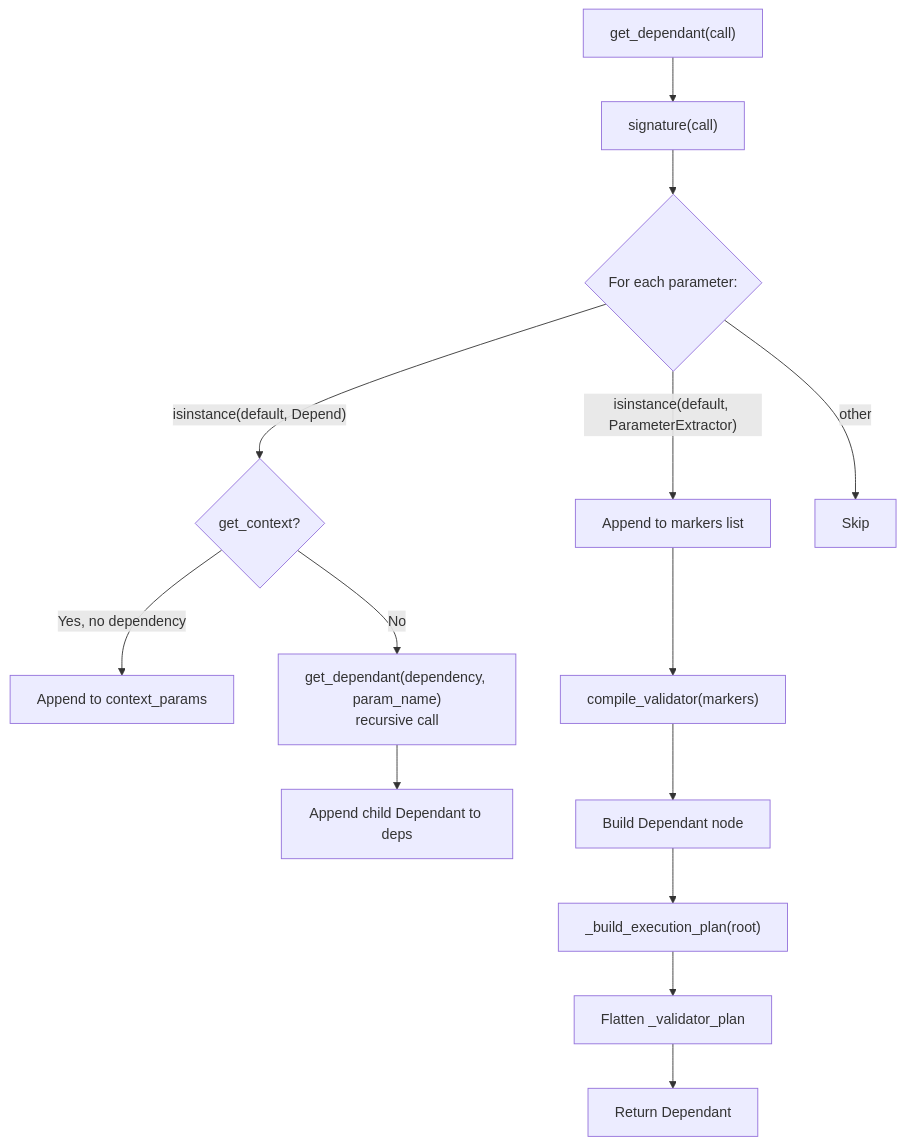
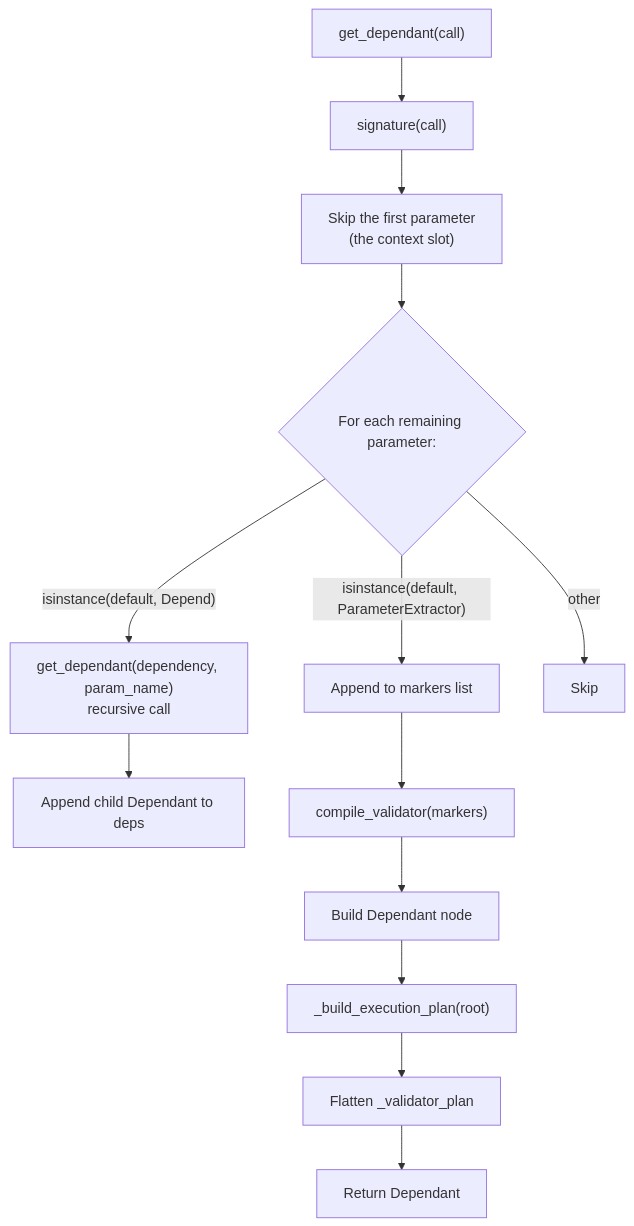
The second of 8 diagrams in docs/docs/src/content/docs/v1.0/advanced/dependency-injection.md (sillohq/core), drawn with Mermaid before and after one commit. The commit also changed other lines of this file and 18 other files, not shown here.

First line of the commit message:
DI: a dependency takes the context as its first argument, like a handler

````diff
--- a/docs/docs/src/content/docs/v1.0/advanced/dependency-injection.md
+++ b/docs/docs/src/content/docs/v1.0/advanced/dependency-injection.md
@@ -202,16 +196,15 @@
 ```mermaid
 flowchart TD
     A["get_dependant(call)"] --> B["signature(call)"]
-    B --> C{"For each parameter:"}
-    C -->|"isinstance(default, Depend)"| D{"get_context?"}
-    D -->|"Yes, no dependency"| E["Append to context_params"]
-    D -->|"No"| F["get_dependant(dependency, param_name)<br/>recursive call"]
+    B --> S["Skip the first parameter<br/>(the context slot)"]
+    S --> C{"For each remaining parameter:"}
+    C -->|"isinstance(default, Depend)"| F["get_dependant(dependency, param_name)<br/>recursive call"]
     C -->|"isinstance(default, ParameterExtractor)"| G["Append to markers list"]
     C -->|"other"| H["Skip"]
     F --> I["Append child Dependant to deps"]
     G --> J["compile_validator(markers)"]
     J --> K["Build Dependant node"]
     K --> L["_build_execution_plan(root)"]
     L --> M["Flatten _validator_plan"]
     M --> N["Return Dependant"]
 ```
````
